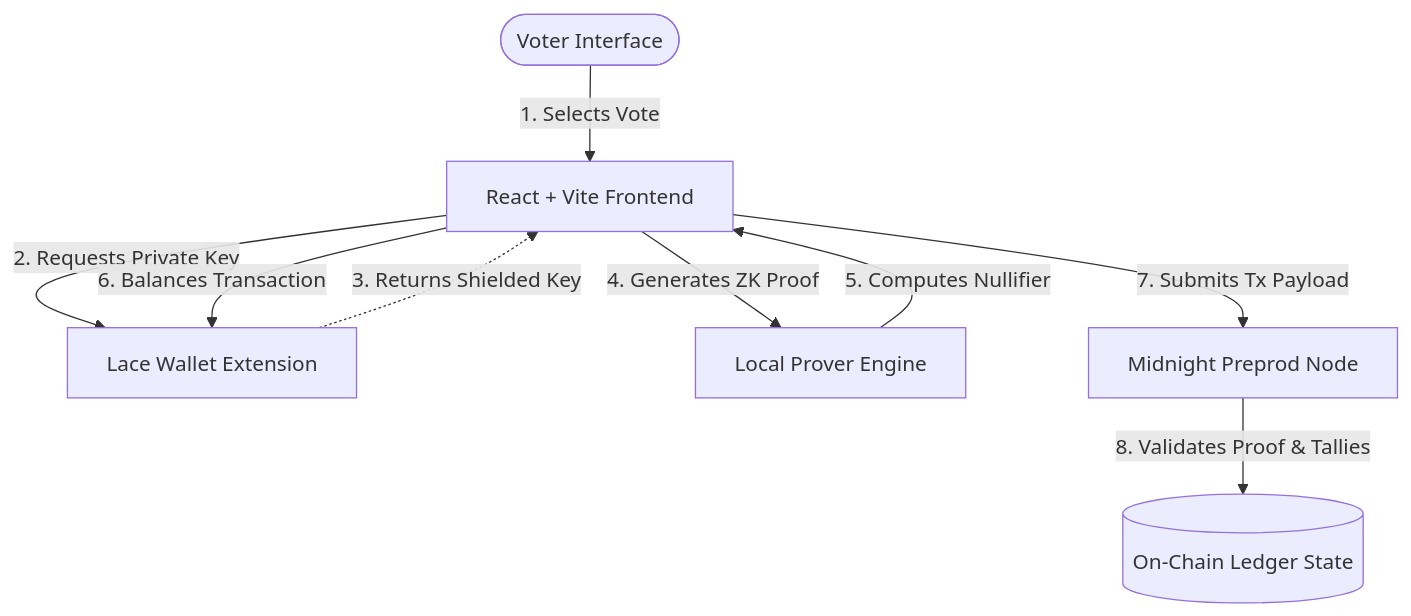
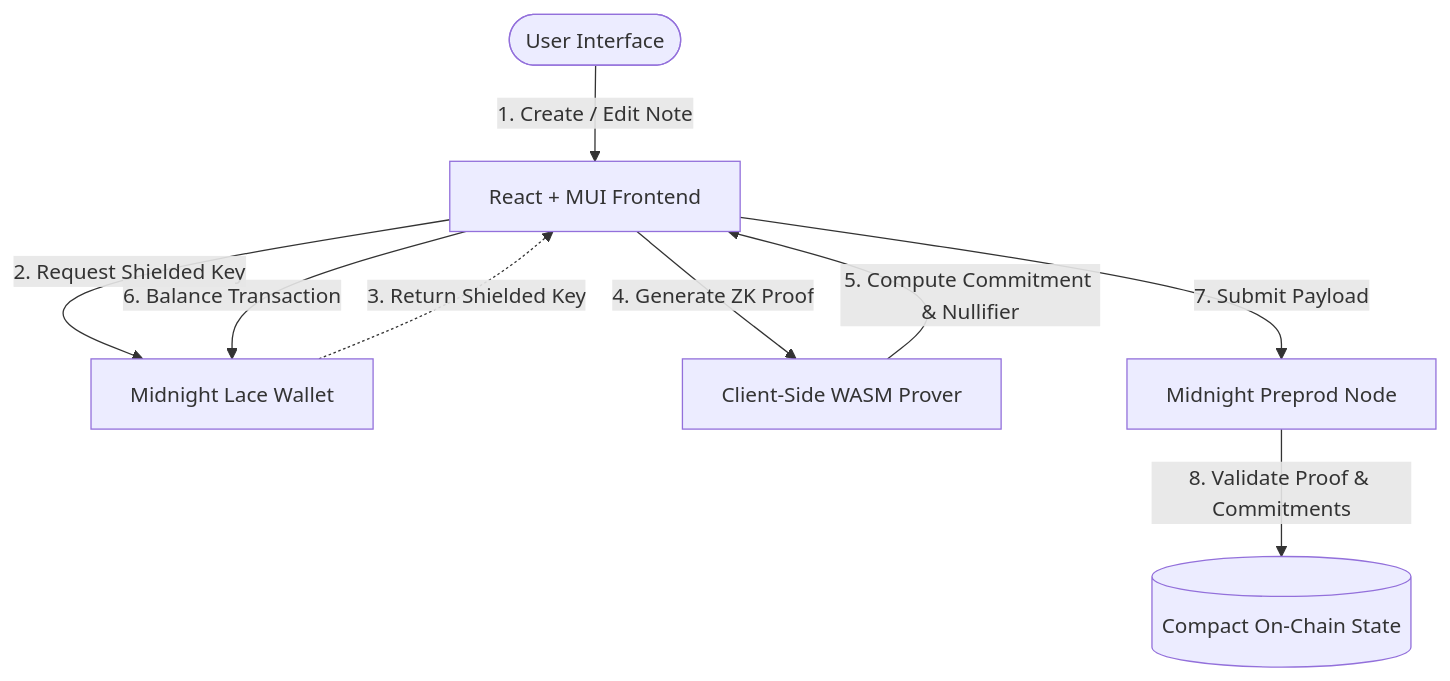
One commit to mystic8340-ai/lev3-Midnight changed the diagram in PROPOSAL.md. Above: the diagram before and after it, drawn with Mermaid. The commit also changed other lines of this file, not shown here.

````diff
--- a/PROPOSAL.md
+++ b/PROPOSAL.md
@@ -71,11 +64,11 @@
 ```mermaid
 graph TD
-    User([Voter Interface]) -->|1. Selects Vote| UI[React + Vite Frontend]
-    UI -->|2. Requests Private Key| Wallet[Lace Wallet Extension]
-    Wallet -.->|3. Returns Shielded Key| UI
-    UI -->|4. Generates ZK Proof| Prover[Local Prover Engine]
-    Prover -->|5. Computes Nullifier| UI
-    UI -->|6. Balances Transaction| Wallet
-    UI -->|7. Submits Tx Payload| Node[Midnight Preprod Node]
-    Node -->|8. Validates Proof & Tallies| Ledger[(On-Chain Ledger State)]
+    User([User Interface]) -->|1. Create / Edit Note| UI[React + MUI Frontend]
+    UI -->|2. Request Shielded Key| Wallet[Midnight Lace Wallet]
+    Wallet -.->|3. Return Shielded Key| UI
+    UI -->|4. Generate ZK Proof| Prover[Client-Side WASM Prover]
+    Prover -->|5. Compute Commitment & Nullifier| UI
+    UI -->|6. Balance Transaction| Wallet
+    UI -->|7. Submit Payload| Node[Midnight Preprod Node]
+    Node -->|8. Validate Proof & Commitments| Ledger[(Compact On-Chain State)]
 ```
````
